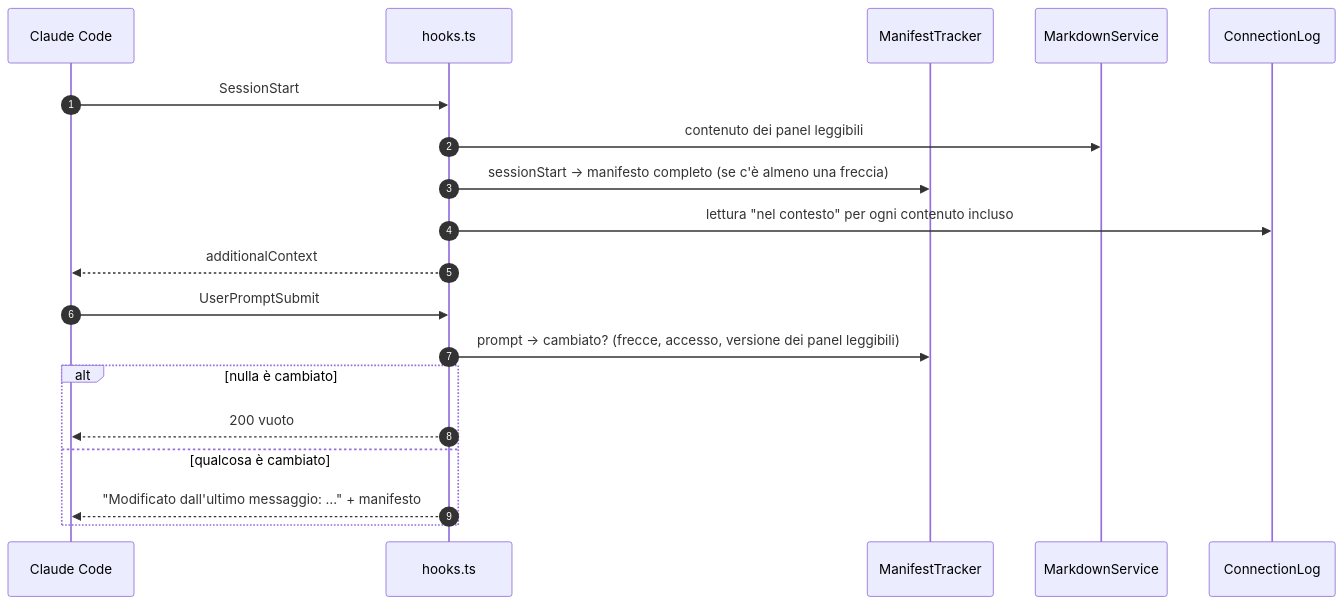
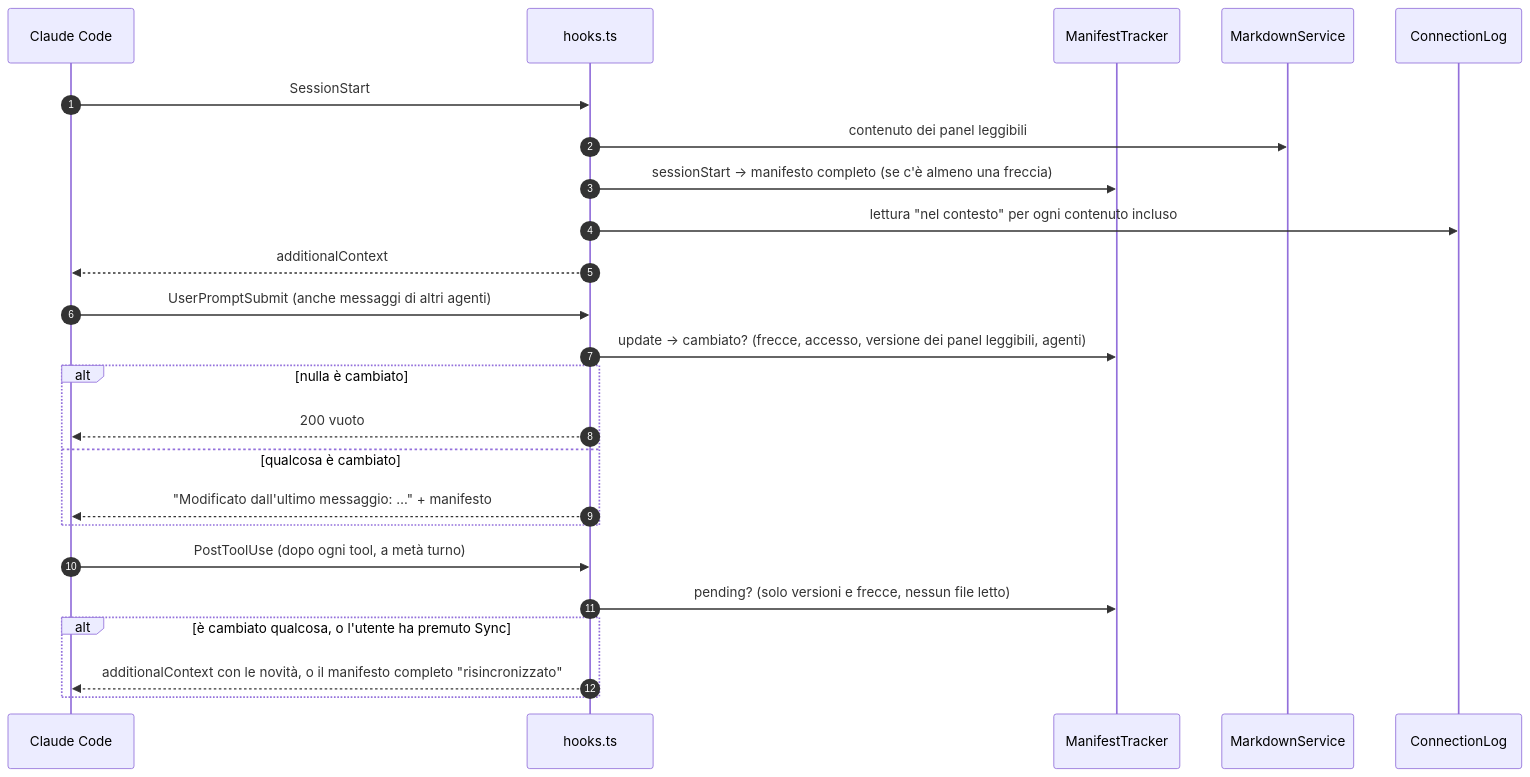
One commit to Marco-Pagnanini/OpenPlancia changed the tenth of 18 diagrams in ARCHITECTURE.md. Above: the diagram before and after it, drawn with Mermaid. The commit also changed other lines of this file and 14 other files, not shown here.

````diff
--- a/ARCHITECTURE.md
+++ b/ARCHITECTURE.md
@@ -349,23 +349,29 @@
 ```mermaid
 sequenceDiagram
   autonumber
   participant CC as Claude Code
   participant H as hooks.ts
   participant MT as ManifestTracker
   participant MS as MarkdownService
   participant CL as ConnectionLog
 
   CC->>H: SessionStart
   H->>MS: contenuto dei panel leggibili
   H->>MT: sessionStart → manifesto completo (se c'è almeno una freccia)
   H->>CL: lettura "nel contesto" per ogni contenuto incluso
   H-->>CC: additionalContext
 
-  CC->>H: UserPromptSubmit
-  H->>MT: prompt → cambiato? (frecce, accesso, versione dei panel leggibili)
+  CC->>H: UserPromptSubmit (anche messaggi di altri agenti)
+  H->>MT: update → cambiato? (frecce, accesso, versione dei panel leggibili, agenti)
   alt nulla è cambiato
     H-->>CC: 200 vuoto
   else qualcosa è cambiato
     H-->>CC: "Modificato dall'ultimo messaggio: …" + manifesto
   end
+
+  CC->>H: PostToolUse (dopo ogni tool, a metà turno)
+  H->>MT: pending? (solo versioni e frecce, nessun file letto)
+  alt è cambiato qualcosa, o l'utente ha premuto Sync
+    H-->>CC: additionalContext con le novità, o il manifesto completo "risincronizzato"
+  end
 ```
````
